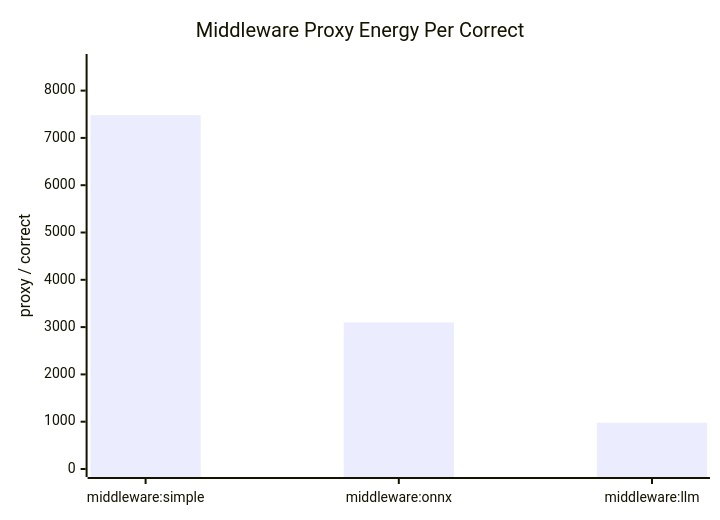
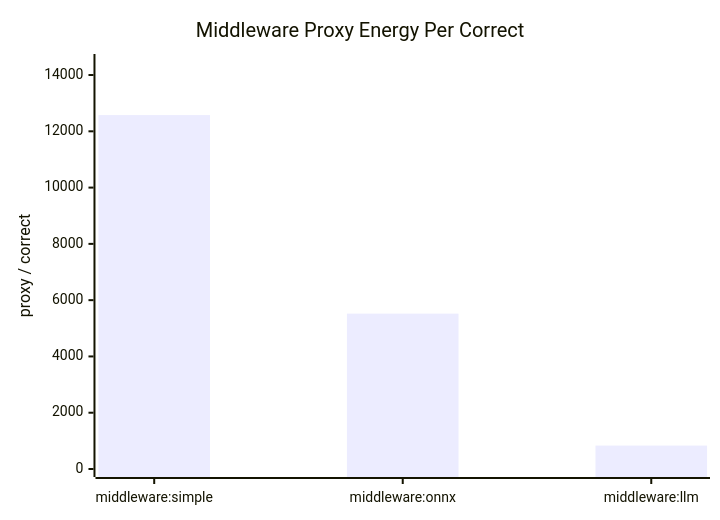
Before and after one commit to JonasLiebschner/Frugal-AI: the third of 3 diagrams in tmp/highscattered_first30_middleware_summary.md, drawn with Mermaid. The commit also changed other lines of this file and 12 other files, not shown here.

````diff
--- a/tmp/highscattered_first30_middleware_summary.md
+++ b/tmp/highscattered_first30_middleware_summary.md
@@ -44,7 +44,7 @@
 ```mermaid
 xychart-beta
     title "Middleware Proxy Energy Per Correct"
     x-axis ["middleware:simple", "middleware:onnx", "middleware:llm"]
-    y-axis "proxy / correct" 0 --> 8605
-    bar [7482.1, 3097.8, 978.9]
+    y-axis "proxy / correct" 0 --> 14463
+    bar [12576.38, 5520.97, 831.97]
 ```
````
